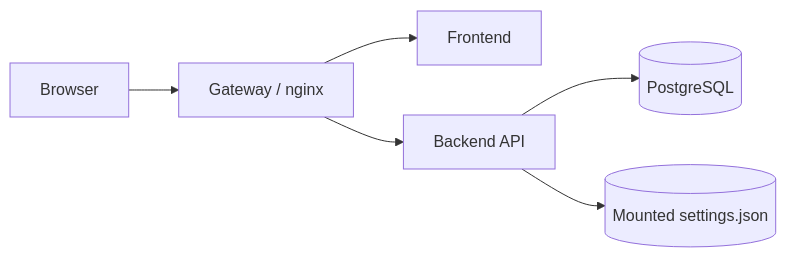
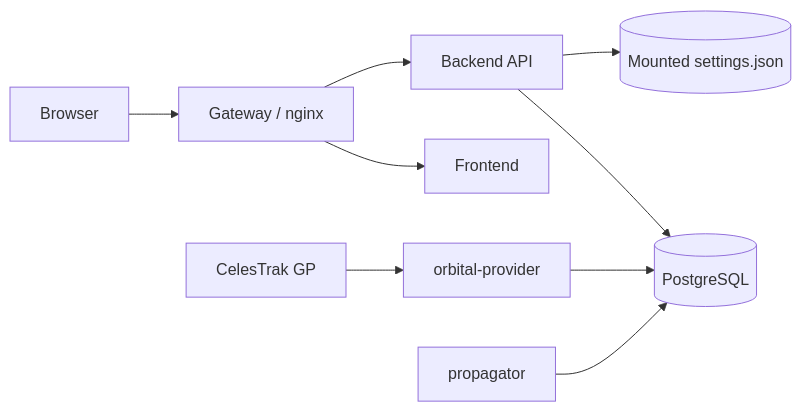
Before and after one commit to ExoSpaceLabs/world-sat-monitor: the first of 7 diagrams in docs/architecture.md, drawn with Mermaid. The commit also changed other lines of this file and 21 other files, not shown here.

First line of the commit message:
feat(world-sat-monitor): add orbital provider and propagation services

````diff
--- a/docs/architecture.md
+++ b/docs/architecture.md
@@ -9,8 +9,11 @@
 ```mermaid
 flowchart LR
     U[Browser] --> G[Gateway / nginx]
     G --> F[Frontend]
     G --> B[Backend API]
     B --> DB[(PostgreSQL)]
     B --> CFG[(Mounted settings.json)]
+    C[CelesTrak GP] --> P[orbital-provider]
+    P --> DB
+    W[propagator] --> DB
 ```
````
